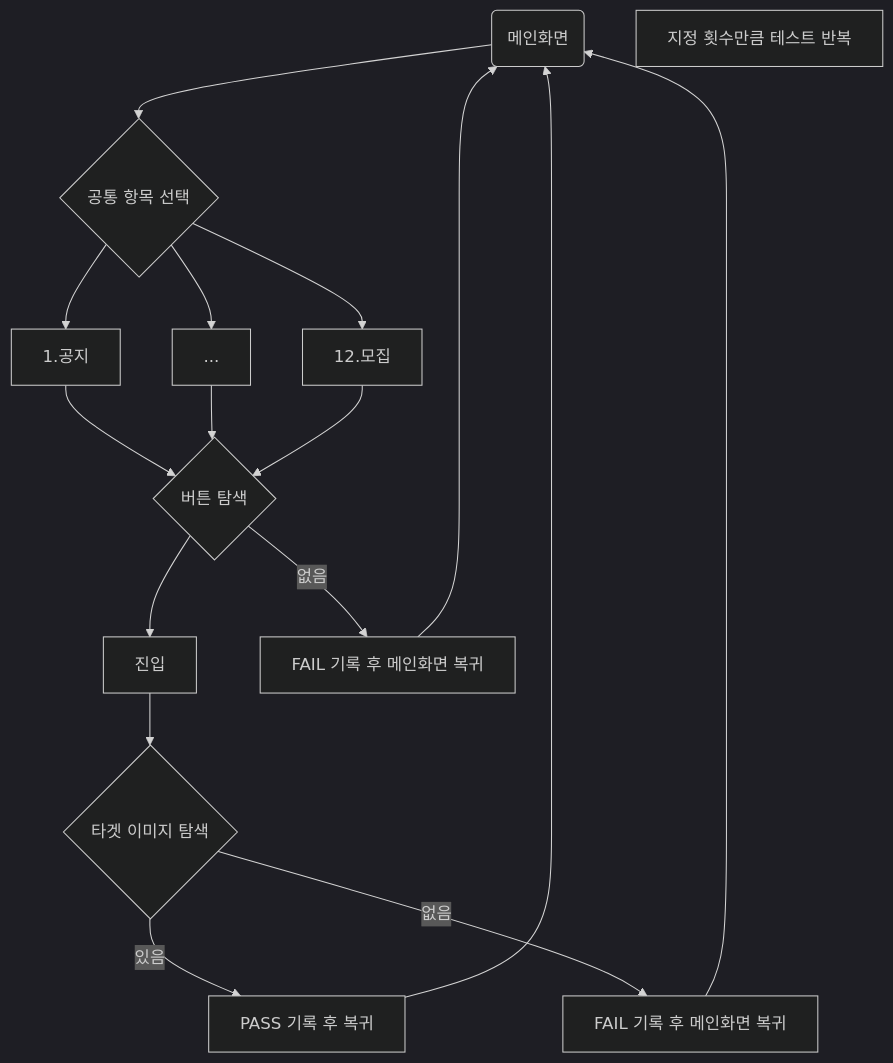
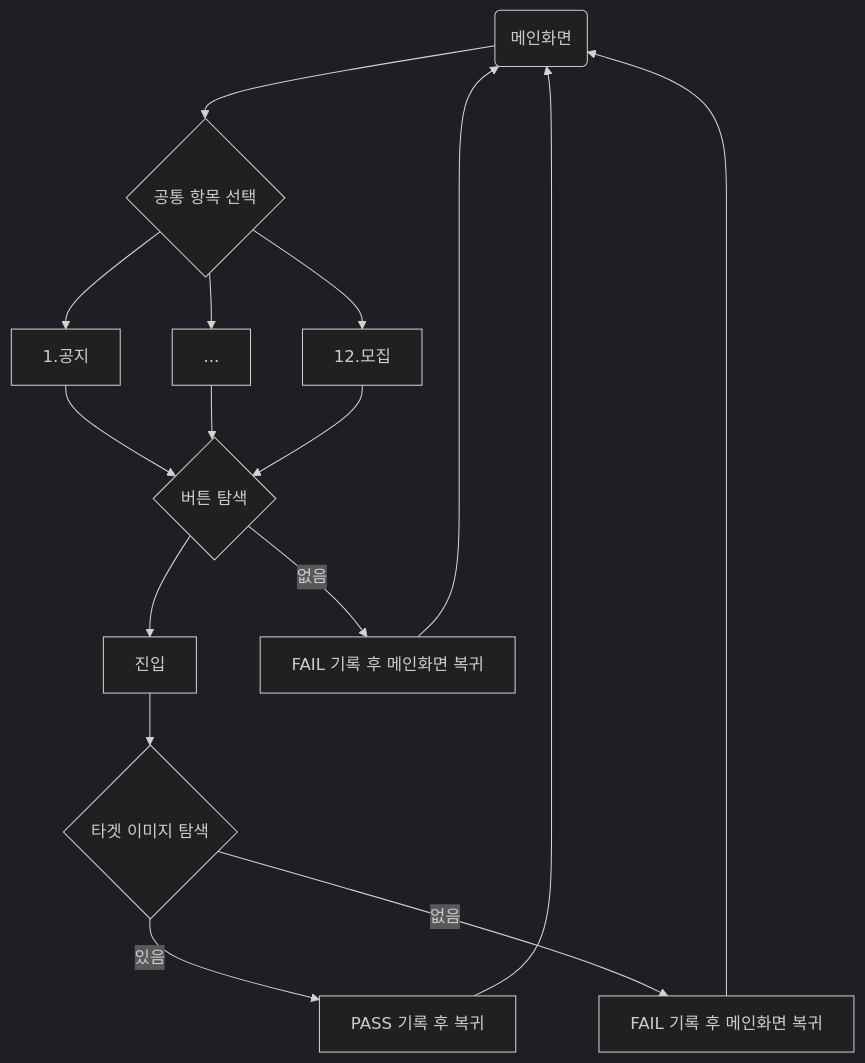
Before and after one commit to rlatl/blue_archive_main: the diagram in README.md, drawn with Mermaid (dark theme). The commit also changed other lines of this file, not shown here.

Commit message:
흐름도수정

````diff
--- a/README.md
+++ b/README.md
@@ -12,26 +12,26 @@
 ```mermaid
 
 flowchart TD
     A(메인화면)
 
     %% 간략 테스트 분기
     A --> E0{공통 항목 선택}
 
     %% 대표 테스트 1 - 공지 / 생략 / 마지막 - 모집
     E0 --> E1[1.공지]
     E0 --> E_more[...]
     E0 --> E2[12.모집]
 
     %% 공통 흐름
     E1 --> F1{버튼 탐색}
     E_more --> F1
     E2 --> F1
 
    
     F1 --> F2[진입]
     F1 -->|없음| F1F[FAIL 기록 후 메인화면 복귀] --> A
     F2 --> F3{타겟 이미지 탐색}
     F3 -->|있음| F4[PASS 기록 후 복귀] --> A
     F3 -->|없음| F3F[FAIL 기록 후 메인화면 복귀] --> A
- note["지정 횟수만큼 테스트 반복"]
+ 
 ```
````
